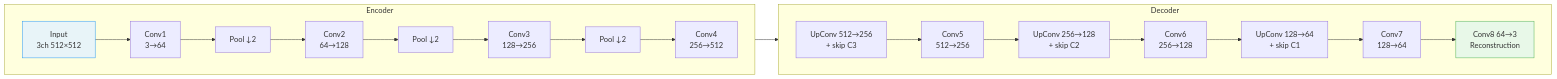
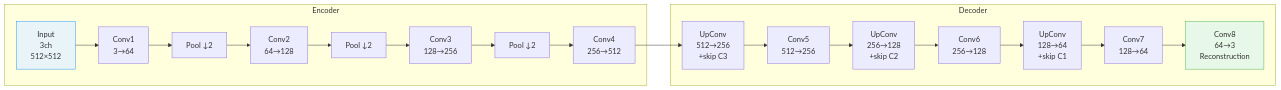
Before and after one commit to buttegggggggg/buttegggggggg.github.io: the third of 4 diagrams in DL.qmd, drawn with Mermaid. The commit also changed other lines of this file and 6 other files, not shown here.

````diff
--- a/DL.qmd
+++ b/DL.qmd
@@ -328,23 +282,18 @@
 ```{mermaid}
 flowchart LR
-    subgraph Encoder
-        direction LR
-        IN["Input\n3ch 512×512"] --> C1["Conv1\n3→64"]
+    subgraph Encoder["Encoder"]
+        IN["Input\n3ch\n512×512"] --> C1["Conv1\n3→64"]
         C1 --> P1["Pool ↓2"] --> C2["Conv2\n64→128"]
         C2 --> P2["Pool ↓2"] --> C3["Conv3\n128→256"]
         C3 --> P3["Pool ↓2"] --> C4["Conv4\n256→512"]
     end
-
-    subgraph Decoder
-        direction LR
-        U1["UpConv 512→256\n+ skip C3"] --> D1["Conv5\n512→256"]
-        D1 --> U2["UpConv 256→128\n+ skip C2"] --> D2["Conv6\n256→128"]
-        D2 --> U3["UpConv 128→64\n+ skip C1"] --> D3["Conv7\n128→64"]
-        D3 --> OUT["Conv8 64→3\nReconstruction"]
+    subgraph Decoder["Decoder"]
+        U1["UpConv\n512→256\n+skip C3"] --> D1["Conv5\n512→256"]
+        D1 --> U2["UpConv\n256→128\n+skip C2"] --> D2["Conv6\n256→128"]
+        D2 --> U3["UpConv\n128→64\n+skip C1"] --> D3["Conv7\n128→64"]
+        D3 --> OUT["Conv8\n64→3\nReconstruction"]
     end
-
     C4 --> U1
-
     style IN fill:#e8f4f8,stroke:#2196F3
     style OUT fill:#e8f8e8,stroke:#4CAF50
 ```
````
